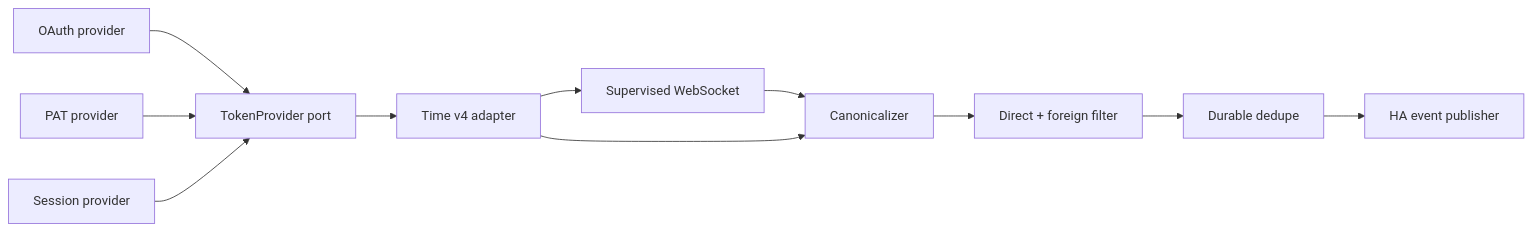
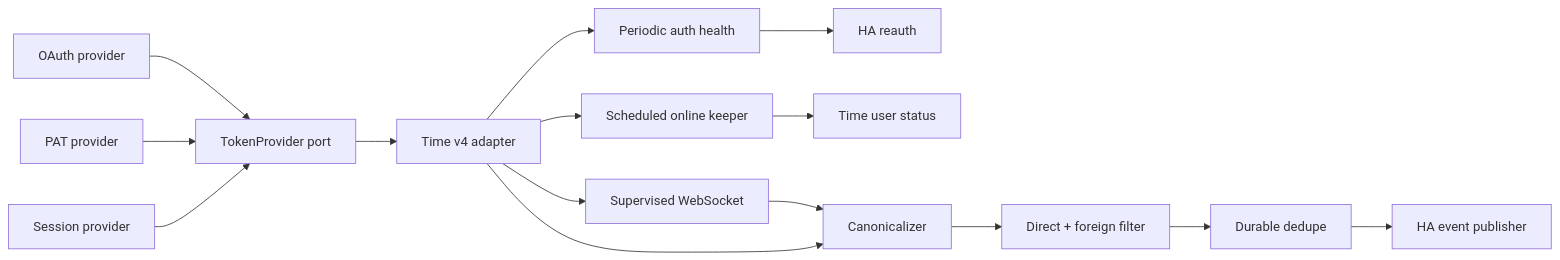
The first of 2 diagrams in docs/architecture.md (dancingpizza/time-messenger-home-assistant), drawn with Mermaid before and after one commit. The commit also changed other lines of this file and 26 other files, not shown here.

Commit message:
release: 0.0.6 auth health and scheduled online status

````diff
--- a/docs/architecture.md
+++ b/docs/architecture.md
@@ -16,13 +16,17 @@
 ```mermaid
 flowchart LR
     OAuth["OAuth provider"] --> Token["TokenProvider port"]
     PAT["PAT provider"] --> Token
     Session["Session provider"] --> Token
     Token --> API["Time v4 adapter"]
     API --> WS["Supervised WebSocket"]
+    API --> Health["Periodic auth health"]
+    API --> Presence["Scheduled online keeper"]
+    Health --> Reauth["HA reauth"]
+    Presence --> Status["Time user status"]
     WS --> Normalize["Canonicalizer"]
     API --> Normalize
     Normalize --> Filter["Direct + foreign filter"]
     Filter --> Dedupe["Durable dedupe"]
     Dedupe --> Event["HA event publisher"]
 ```
````
